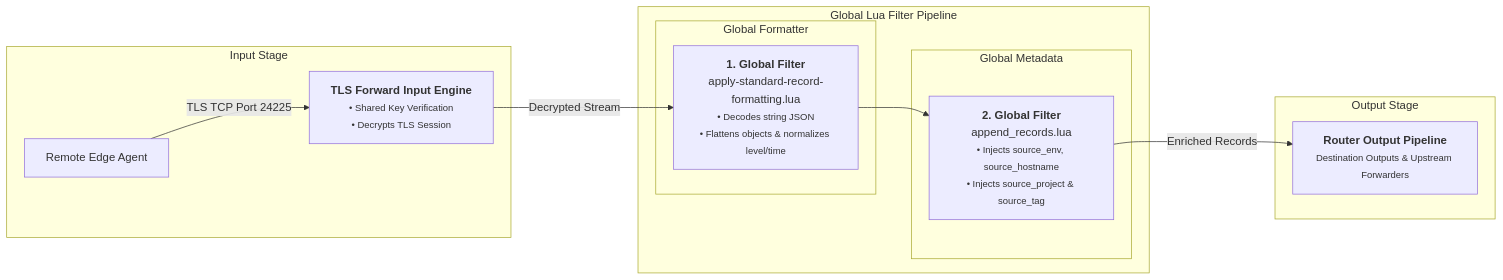
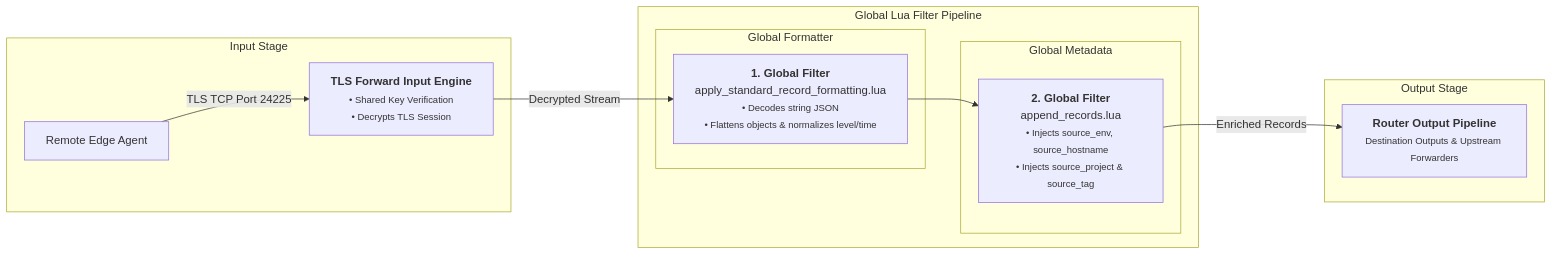
The diagram in docs/input-tls-forward.md (Josh5/fluent-bit-router), drawn with Mermaid before and after one commit. The commit also changed other lines of this file and 22 other files, not shown here.

````diff
--- a/docs/input-tls-forward.md
+++ b/docs/input-tls-forward.md
@@ -53,35 +53,35 @@
 ```mermaid
 flowchart LR
     %% TOP BLOCK: INPUT STAGE
     subgraph InputStage [Input Stage]
         A["Remote Edge Agent"] -->|TLS TCP Port 24225| B["<b>TLS Forward Input Engine</b><br><small>• Shared Key Verification<br>• Decrypts TLS Session</small>"]
     end
 
     %% Drop down connection to filter pipeline
     B -->|Decrypted Stream| C
 
     %% MIDDLE BLOCK: LUA FILTER PIPELINE
     subgraph FilterPipeline [Global Lua Filter Pipeline]
         subgraph GlobalFormatting [Global Formatter]
-            C["<b>1. Global Filter</b><br>apply-standard-record-formatting.lua<br><small>• Decodes string JSON<br>• Flattens objects & normalizes level/time</small>"]
+            C["<b>1. Global Filter</b><br>apply_standard_record_formatting.lua<br><small>• Decodes string JSON<br>• Flattens objects & normalizes level/time</small>"]
         end
 
         C --> D
 
         subgraph GlobalEnrichment [Global Metadata]
             D["<b>2. Global Filter</b><br>append_records.lua<br><small>• Injects source_env, source_hostname<br>• Injects source_project & source_tag</small>"]
         end
     end
 
     %% Drop down connection to output stage
     D -->|Enriched Records| E
 
     %% BOTTOM BLOCK: OUTPUT STAGE
     subgraph OutputStage [Output Stage]
         E["<b>Router Output Pipeline</b><br><small>Destination Outputs & Upstream Forwarders</small>"]
     end
 
     %% Structural layout constraints
     InputStage ~~~ FilterPipeline
     FilterPipeline ~~~ OutputStage
 ```
````
